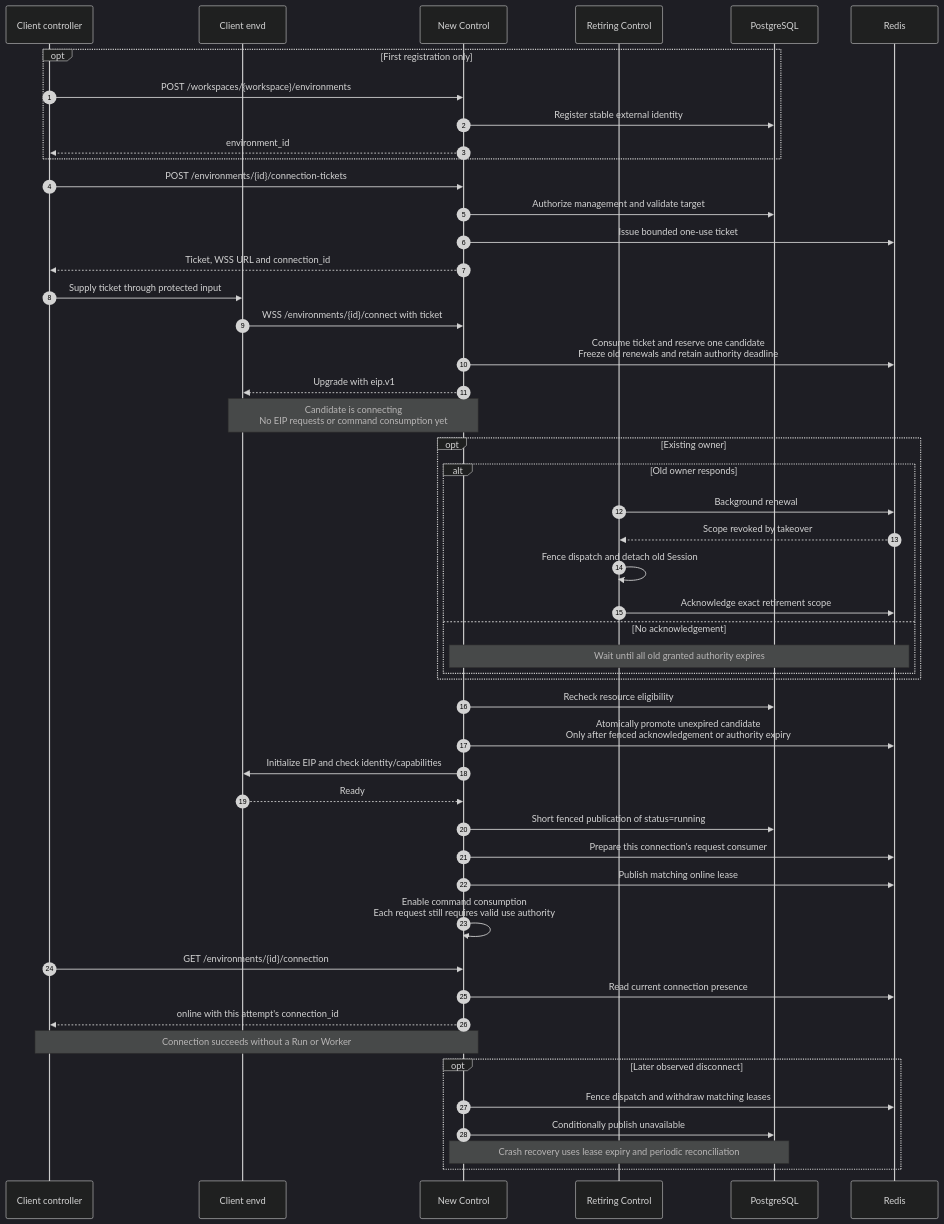
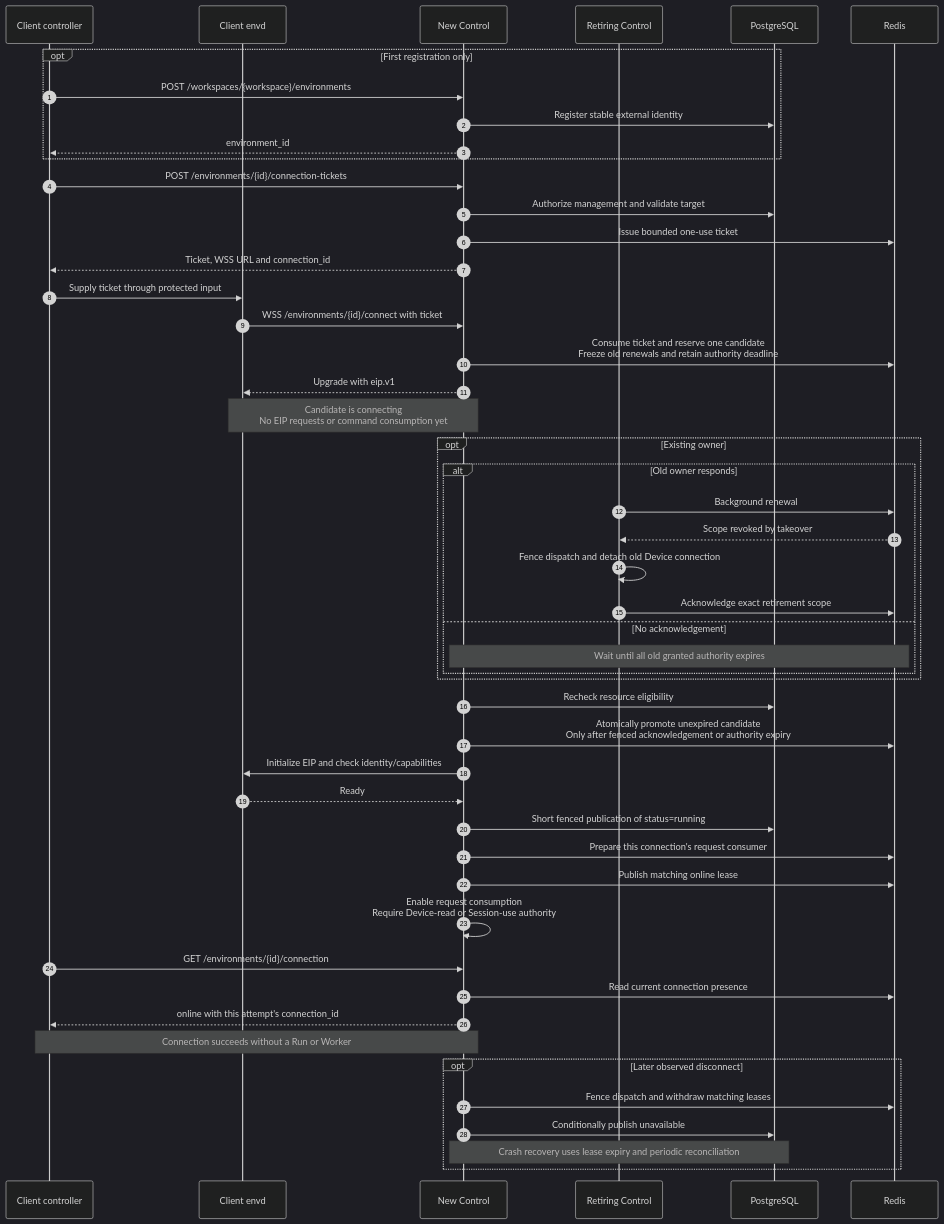
Before and after one commit to LTThreeComma/agent-foundation: the second of 5 diagrams in spec/a13n-service/29a-websocket-environments-and-live-mounts.md, drawn with Mermaid (dark theme). The commit also changed other lines of this file and 45 other files, not shown here.

````diff
--- a/spec/a13n-service/29a-websocket-environments-and-live-mounts.md
+++ b/spec/a13n-service/29a-websocket-environments-and-live-mounts.md
@@ -148,52 +148,52 @@
 ```mermaid
 sequenceDiagram
     autonumber
     participant Client as Client controller
     participant Envd as Client envd
     participant Control as New Control
     participant Old as Retiring Control
     participant DB as PostgreSQL
     participant Redis
 
     opt First registration only
         Client->>Control: POST /workspaces/{workspace}/environments
         Control->>DB: Register stable external identity
         Control-->>Client: environment_id
     end
     Client->>Control: POST /environments/{id}/connection-tickets
     Control->>DB: Authorize management and validate target
     Control->>Redis: Issue bounded one-use ticket
     Control-->>Client: Ticket, WSS URL and connection_id
     Client->>Envd: Supply ticket through protected input
     Envd->>Control: WSS /environments/{id}/connect with ticket
     Control->>Redis: Consume ticket and reserve one candidate<br/>Freeze old renewals and retain authority deadline
     Control-->>Envd: Upgrade with eip.v1
     Note over Control,Envd: Candidate is connecting<br/>No EIP requests or command consumption yet
     opt Existing owner
         alt Old owner responds
             Old->>Redis: Background renewal
             Redis-->>Old: Scope revoked by takeover
-            Old->>Old: Fence dispatch and detach old Session
+            Old->>Old: Fence dispatch and detach old Device connection
             Old->>Redis: Acknowledge exact retirement scope
         else No acknowledgement
             Note over Control,Redis: Wait until all old granted authority expires
         end
     end
     Control->>DB: Recheck resource eligibility
     Control->>Redis: Atomically promote unexpired candidate<br/>Only after fenced acknowledgement or authority expiry
     Control->>Envd: Initialize EIP and check identity/capabilities
     Envd-->>Control: Ready
     Control->>DB: Short fenced publication of status=running
     Control->>Redis: Prepare this connection's request consumer
     Control->>Redis: Publish matching online lease
-    Control->>Control: Enable command consumption<br/>Each request still requires valid use authority
+    Control->>Control: Enable request consumption<br/>Require Device-read or Session-use authority
     Client->>Control: GET /environments/{id}/connection
     Control->>Redis: Read current connection presence
     Control-->>Client: online with this attempt's connection_id
     Note over Client,Control: Connection succeeds without a Run or Worker
     opt Later observed disconnect
         Control->>Redis: Fence dispatch and withdraw matching leases
         Control->>DB: Conditionally publish unavailable
         Note over Control,DB: Crash recovery uses lease expiry and periodic reconciliation
     end
 ```
````
